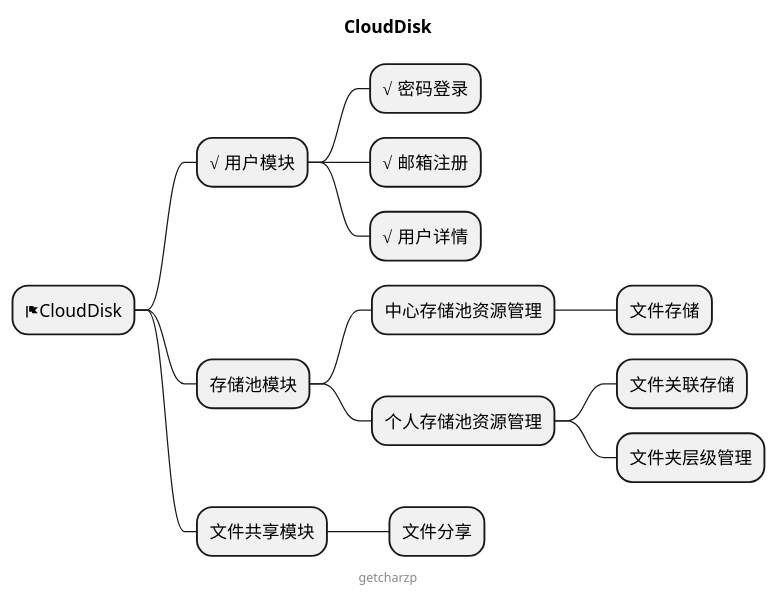
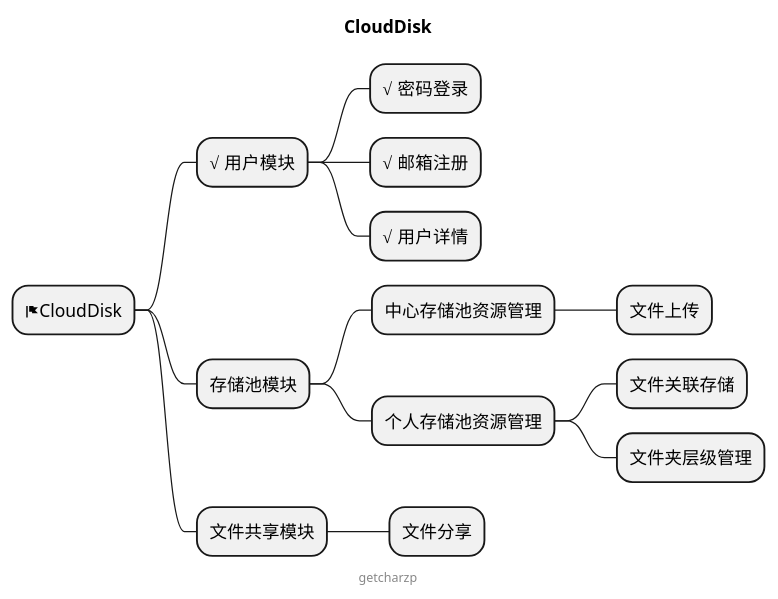
One commit to GetcharZp/cloud-disk changed the diagram in MIND.puml. Above: the diagram before and after it, drawn with PlantUML. The commit also changed 6 other files, not shown here.

```diff
--- a/MIND.puml
+++ b/MIND.puml
@@ -1,21 +1,21 @@
 @startmindmap
 
 title CloudDisk
 
 * <&flag>CloudDisk
 ** √ 用户模块
 *** √ 密码登录
 *** √ 邮箱注册
 *** √ 用户详情
 ** 存储池模块
 *** 中心存储池资源管理
-**** 文件存储
+**** 文件上传
 *** 个人存储池资源管理
 **** 文件关联存储
 **** 文件夹层级管理
 ** 文件共享模块
 *** 文件分享
 
 center footer getcharzp
 
 @endmindmap
```
